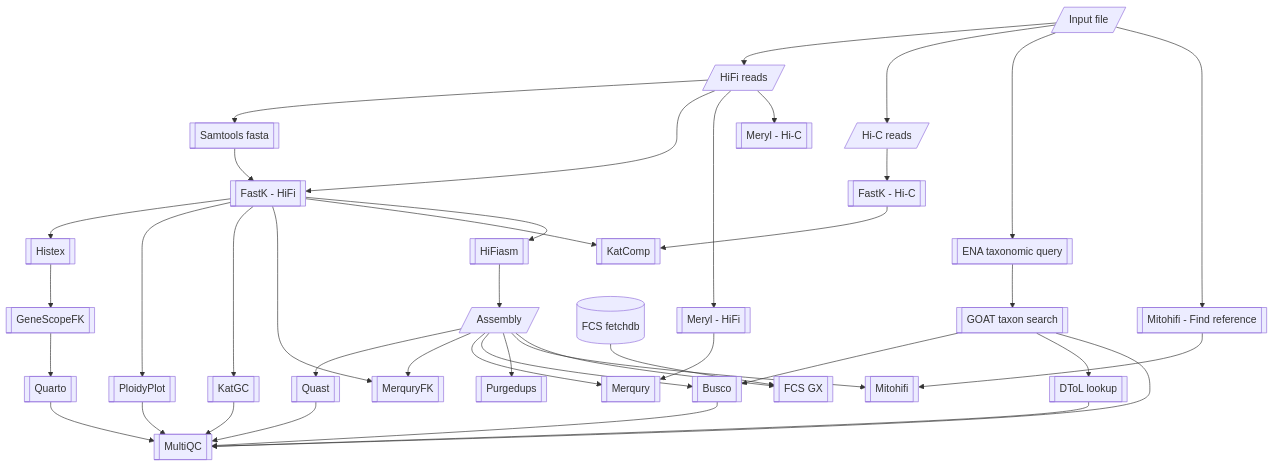
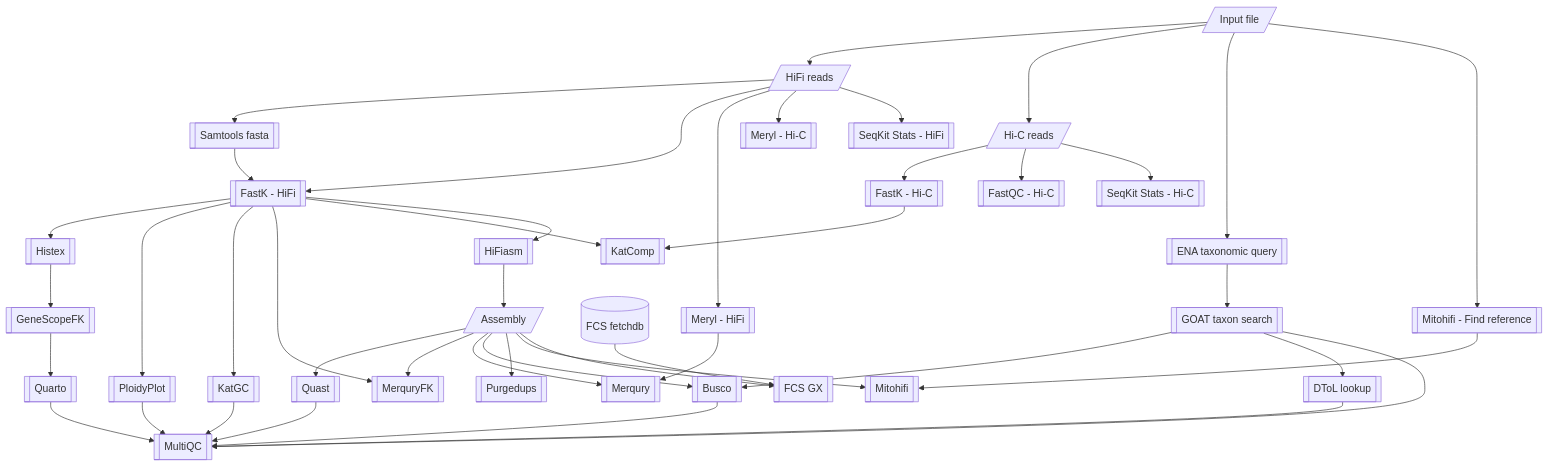
Before and after one commit to NBISweden/Earth-Biogenome-Project-pilot: the second of 2 diagrams in README.md, drawn with Mermaid.

Commit message:
Add FastQC and Seqkit Stats to PR

````diff
--- a/README.md
+++ b/README.md
@@ -23,43 +23,46 @@
 ```mermaid
 flowchart TD
     input[/ Input file/] --> hifi
     input --> hic
     input --> taxquery[[ ENA taxonomic query ]]
     taxquery --> goat_taxon[[ GOAT taxon search ]]
     goat_taxon --> busco
     goat_taxon --> dtol[[ DToL lookup ]]
     hifi --> samtools_fa[[ Samtools fasta ]]
     samtools_fa --> fastk_hifi
     hifi[/ HiFi reads /] --> fastk_hifi[[ FastK - HiFi ]]
     hifi --> meryl_hifi[[ Meryl - HiFi ]]
     hic[/ Hi-C reads /] --> fastk_hic[[ FastK - Hi-C ]]
     hifi --> meryl_hic[[ Meryl - Hi-C ]]
+    hic --> fastqc_hic[[ FastQC - Hi-C ]]
+    hic --> seqkit_hic[[ SeqKit Stats - Hi-C ]]
+    hifi --> seqkit_hifi[[ SeqKit Stats - HiFi ]]
     assembly[/ Assembly /] --> quast[[ Quast ]]
     fastk_hifi --> histex[[ Histex ]]
     histex --> genescopefk[[ GeneScopeFK ]]
     fastk_hifi --> ploidyplot[[ PloidyPlot ]]
     fastk_hifi --> katgc[[ KatGC ]]
     fastk_hifi --> merquryfk[[ MerquryFK ]]
     assembly --> merquryfk
     meryl_hifi --> merqury[[ Merqury ]]
     assembly --> merqury
     fastk_hifi --> katcomp[[ KatComp ]]
     fastk_hic --> katcomp
     assembly --> busco[[ Busco ]]
     fastk_hifi --> hifiasm[[ HiFiasm ]]
     hifiasm --> assembly
     assembly --> purgedups[[ Purgedups ]]
     input --> mitoref[[ Mitohifi - Find reference ]]
     assembly --> mitohifi[[ Mitohifi ]]
     assembly --> fcsgx[[ FCS GX ]]
     fcs_fetchdb[( FCS fetchdb )] --> fcsgx
     mitoref --> mitohifi
     genescopefk --> quarto[[ Quarto ]]
     goat_taxon --> multiqc[[ MultiQC ]]
     quarto --> multiqc
     dtol --> multiqc
     katgc --> multiqc
     ploidyplot --> multiqc
     busco --> multiqc
     quast --> multiqc
 ```
````
